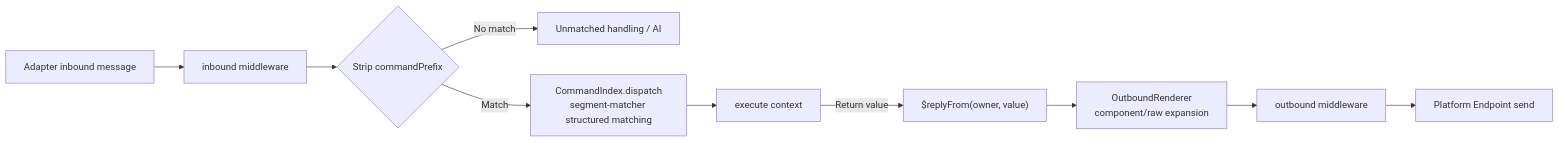
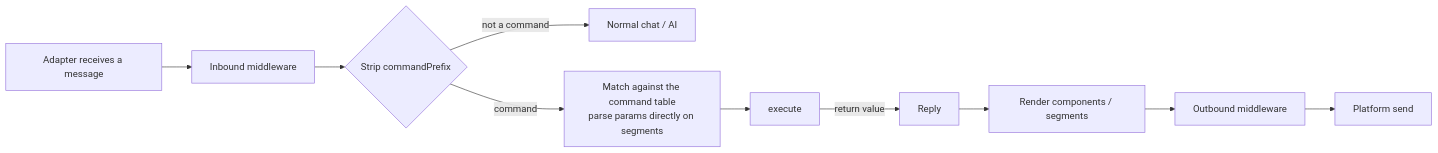
Before and after one commit to zhinjs/zhin: the diagram in docs/en/authoring/commands.md, drawn with Mermaid. The commit also changed other lines of this file and 65 other files, not shown here.

````diff
--- a/docs/en/authoring/commands.md
+++ b/docs/en/authoring/commands.md
@@ -183,12 +371,12 @@
 ```mermaid
 flowchart LR
-    A[Adapter inbound message] --> B[inbound middleware]
+    A[Adapter receives a message] --> B[Inbound middleware]
     B --> C{Strip commandPrefix}
-    C -->|No match| D[Unmatched handling / AI]
-    C -->|Match| E[CommandIndex.dispatch<br/>segment-matcher structured matching]
-    E --> F[execute context]
-    F -->|Return value| G["$replyFrom(owner, value)"]
-    G --> H[OutboundRenderer<br/>component/raw expansion]
-    H --> I[outbound middleware]
-    I --> J[Platform Endpoint send]
+    C -->|not a command| D[Normal chat / AI]
+    C -->|command| E[Match against the command table<br/>parse params directly on segments]
+    E --> F[execute]
+    F -->|return value| G[Reply]
+    G --> H[Render components / segments]
+    H --> I[Outbound middleware]
+    I --> J[Platform send]
 ```
````
